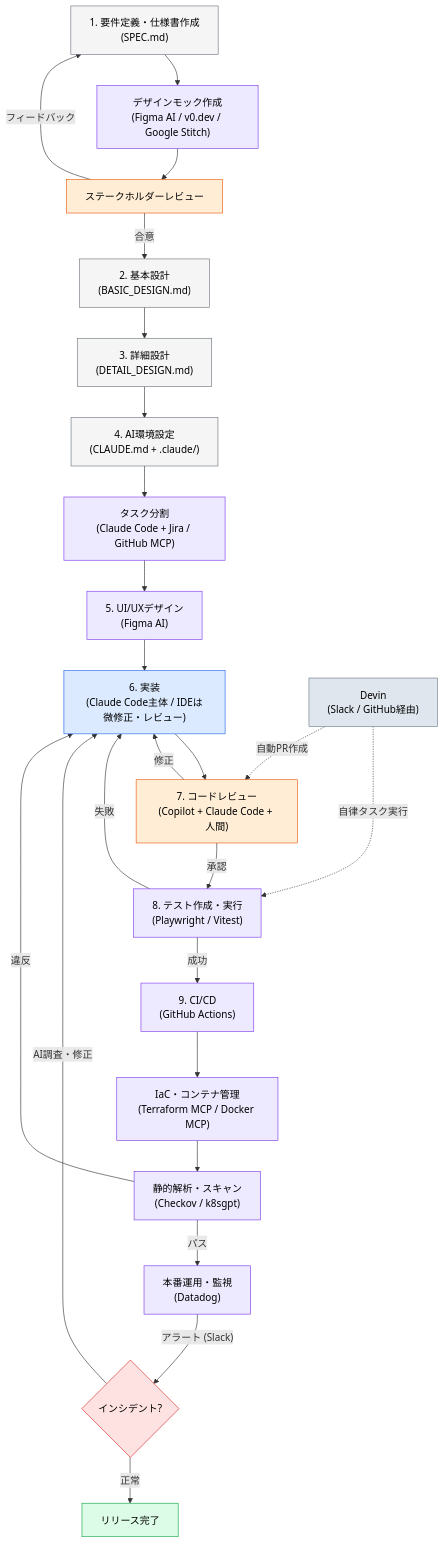
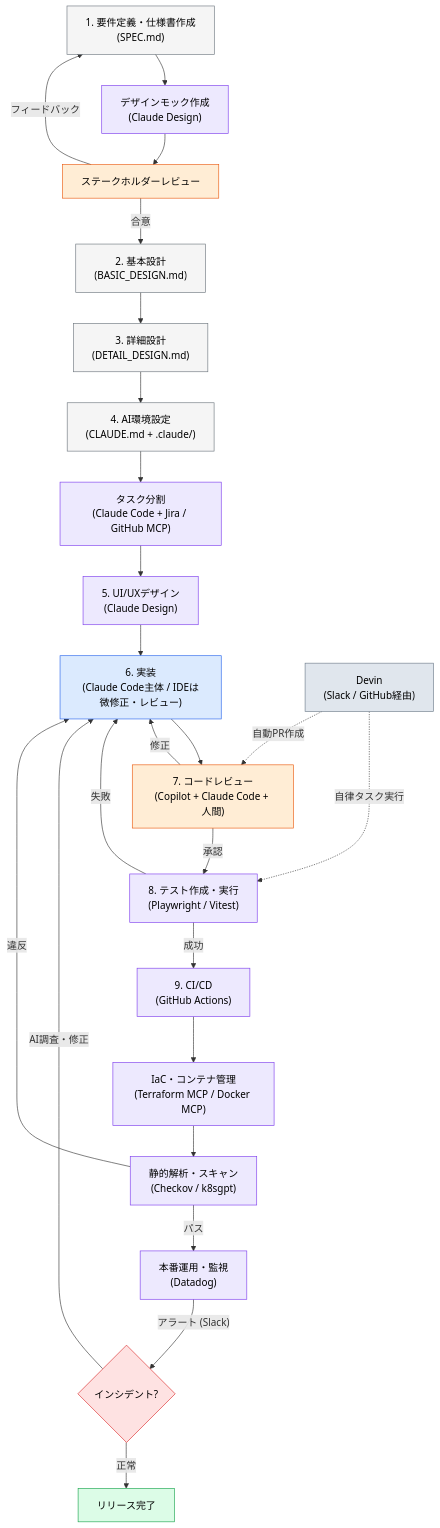
One commit to takuma39/ai changed diagram 14 of 49 in AI駆動開発.md. Above: the diagram before and after it, drawn with Mermaid. The commit also changed other lines of this file, not shown here.

````diff
--- a/AI駆動開発.md
+++ b/AI駆動開発.md
@@ -617,45 +617,45 @@
 ```mermaid
 flowchart TD
-    A["1. 要件定義・仕様書作成<br/>(SPEC.md)"] --> M["デザインモック作成<br/>(Figma AI / v0.dev / Google Stitch)"]
+    A["1. 要件定義・仕様書作成<br/>(SPEC.md)"] --> M["デザインモック作成<br/>(Claude Design)"]
     M --> R["ステークホルダーレビュー"]
     R -->|"フィードバック"| A
     R -->|"合意"| B["2. 基本設計<br/>(BASIC_DESIGN.md)"]
     B --> B2["3. 詳細設計<br/>(DETAIL_DESIGN.md)"]
     B2 --> B3["4. AI環境設定<br/>(CLAUDE.md + .claude/)"]
     B3 --> TS["タスク分割<br/>(Claude Code + Jira / GitHub MCP)"]
-    TS --> C["5. UI/UXデザイン<br/>(Figma AI)"]
+    TS --> C["5. UI/UXデザイン<br/>(Claude Design)"]
     C --> D["6. 実装<br/>(Claude Code主体 / IDEは微修正・レビュー)"]
     D --> E["7. コードレビュー<br/>(Copilot + Claude Code + 人間)"]
     E -->|修正| D
     E -->|承認| T["8. テスト作成・実行<br/>(Playwright / Vitest)"]
     T -->|"失敗"| D
     T -->|"成功"| F["9. CI/CD<br/>(GitHub Actions)"]
     F --> IaC["IaC・コンテナ管理<br/>(Terraform MCP / Docker MCP)"]
     IaC --> Scan["静的解析・スキャン<br/>(Checkov / k8sgpt)"]
     Scan -->|"パス"| G["本番運用・監視<br/>(Datadog)"]
     Scan -->|"違反"| D
     G -->|"アラート (Slack)"| H{"インシデント?"}
     H -->|"AI調査・修正"| D
     H -->|"正常"| I["リリース完了"]
 
     D2["Devin<br/>(Slack / GitHub経由)"] -.->|"自律タスク実行"| T
     D2 -.->|"自動PR作成"| E
     style A fill:#f5f5f5,stroke:#6c757d,color:#000
     style M fill:#ede9fe,stroke:#7c3aed,color:#000
     style R fill:#ffedd5,stroke:#ea580c,color:#000
     style B fill:#f5f5f5,stroke:#6c757d,color:#000
     style B2 fill:#f5f5f5,stroke:#6c757d,color:#000
     style B3 fill:#f5f5f5,stroke:#6c757d,color:#000
     style TS fill:#ede9fe,stroke:#7c3aed,color:#000
     style C fill:#ede9fe,stroke:#7c3aed,color:#000
     style D fill:#dbeafe,stroke:#2563eb,color:#000
     style E fill:#ffedd5,stroke:#ea580c,color:#000
     style T fill:#ede9fe,stroke:#7c3aed,color:#000
     style F fill:#ede9fe,stroke:#7c3aed,color:#000
     style IaC fill:#ede9fe,stroke:#7c3aed,color:#000
     style Scan fill:#ede9fe,stroke:#7c3aed,color:#000
     style G fill:#ede9fe,stroke:#7c3aed,color:#000
     style H fill:#fee2e2,stroke:#dc2626,color:#000
     style I fill:#dcfce7,stroke:#16a34a,color:#000
     style D2 fill:#e0e6ed,stroke:#6c7a89,color:#000
 ```
````
